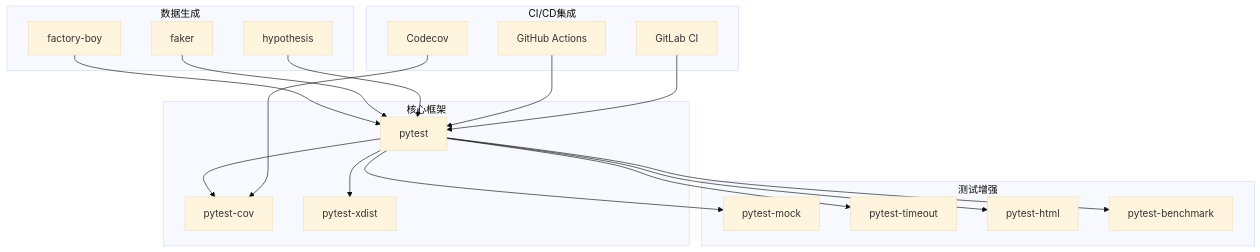
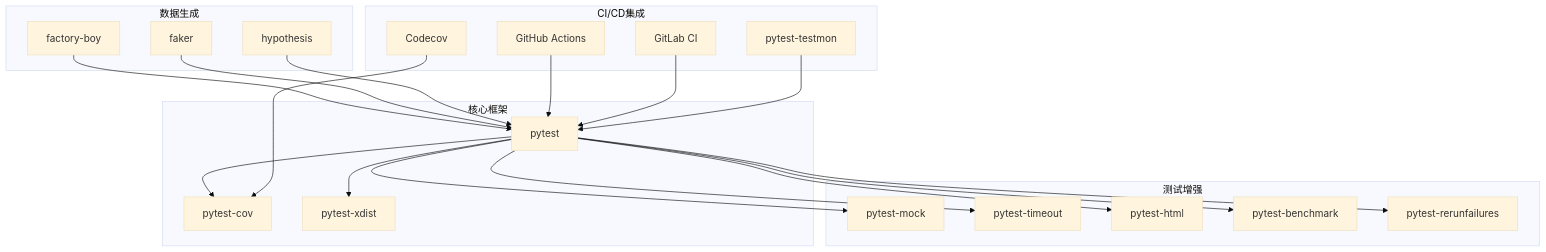
Diagram 16 of 21 in .qoder/repowiki/zh/content/Agent 定义/pytest测试模式文档套件.md (AngelWings1997/altas), drawn with Mermaid (base theme) before and after one commit. The commit also changed other lines of this file and 16 other files, not shown here.

````diff
--- a/.qoder/repowiki/zh/content/Agent 定义/pytest测试模式文档套件.md
+++ b/.qoder/repowiki/zh/content/Agent 定义/pytest测试模式文档套件.md
@@ -500,36 +599,40 @@
 ```mermaid
 graph TB
 subgraph "核心框架"
 A[pytest]
 B[pytest-cov]
 C[pytest-xdist]
 end
 subgraph "测试增强"
 D[pytest-mock]
 E[pytest-timeout]
 F[pytest-html]
 G[pytest-benchmark]
+H[pytest-rerunfailures]
 end
 subgraph "数据生成"
-H[factory-boy]
-I[faker]
-J[hypothesis]
+I[factory-boy]
+J[faker]
+K[hypothesis]
 end
 subgraph "CI/CD集成"
-K[GitHub Actions]
-L[GitLab CI]
-M[Codecov]
+L[GitHub Actions]
+M[GitLab CI]
+N[Codecov]
+O[pytest-testmon]
 end
 A --> B
 A --> C
 A --> D
 A --> E
 A --> F
 A --> G
-H --> A
+A --> H
 I --> A
 J --> A
 K --> A
 L --> A
-M --> B
+M --> A
+N --> B
+O --> A
 ```
````
